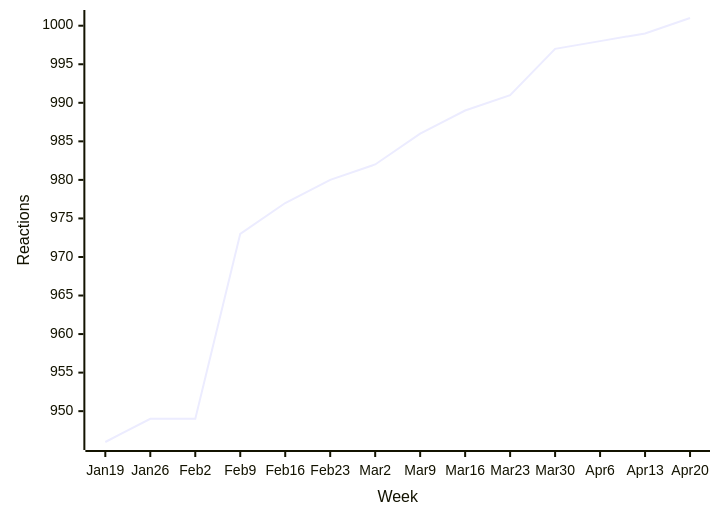
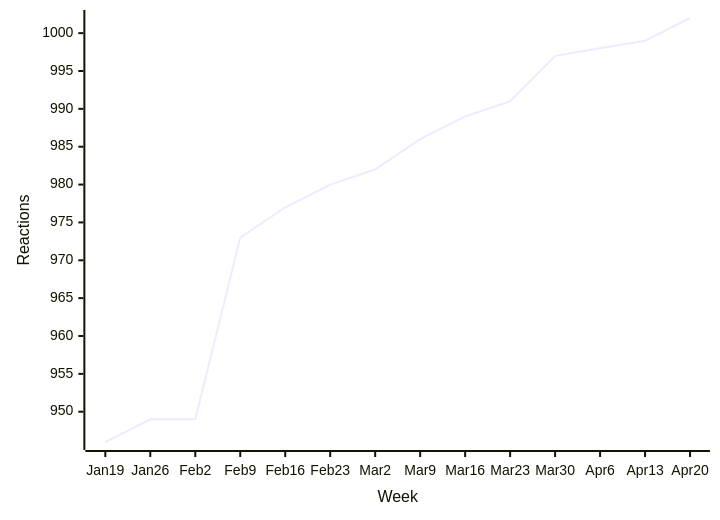
One commit to loic-sharma/github-insights changed the second of 58 diagrams in README.md. Above: the diagram before and after it, drawn with Mermaid. The commit also changed other lines of this file and 1 other file, not shown here.

````diff
--- a/README.md
+++ b/README.md
@@ -356,6 +356,6 @@
   ```mermaid
   xychart-beta
     x-axis "Week" [Jan 19, Jan 26, Feb 2, Feb 9, Feb 16, Feb 23, Mar 2, Mar 9, Mar 16, Mar 23, Mar 30, Apr 6, Apr 13, Apr 20]
     y-axis "Reactions"
-    line [946, 949, 949, 973, 977, 980, 982, 986, 989, 991, 997, 998, 999, 1001]
+    line [946, 949, 949, 973, 977, 980, 982, 986, 989, 991, 997, 998, 999, 1002]
   ```
````
